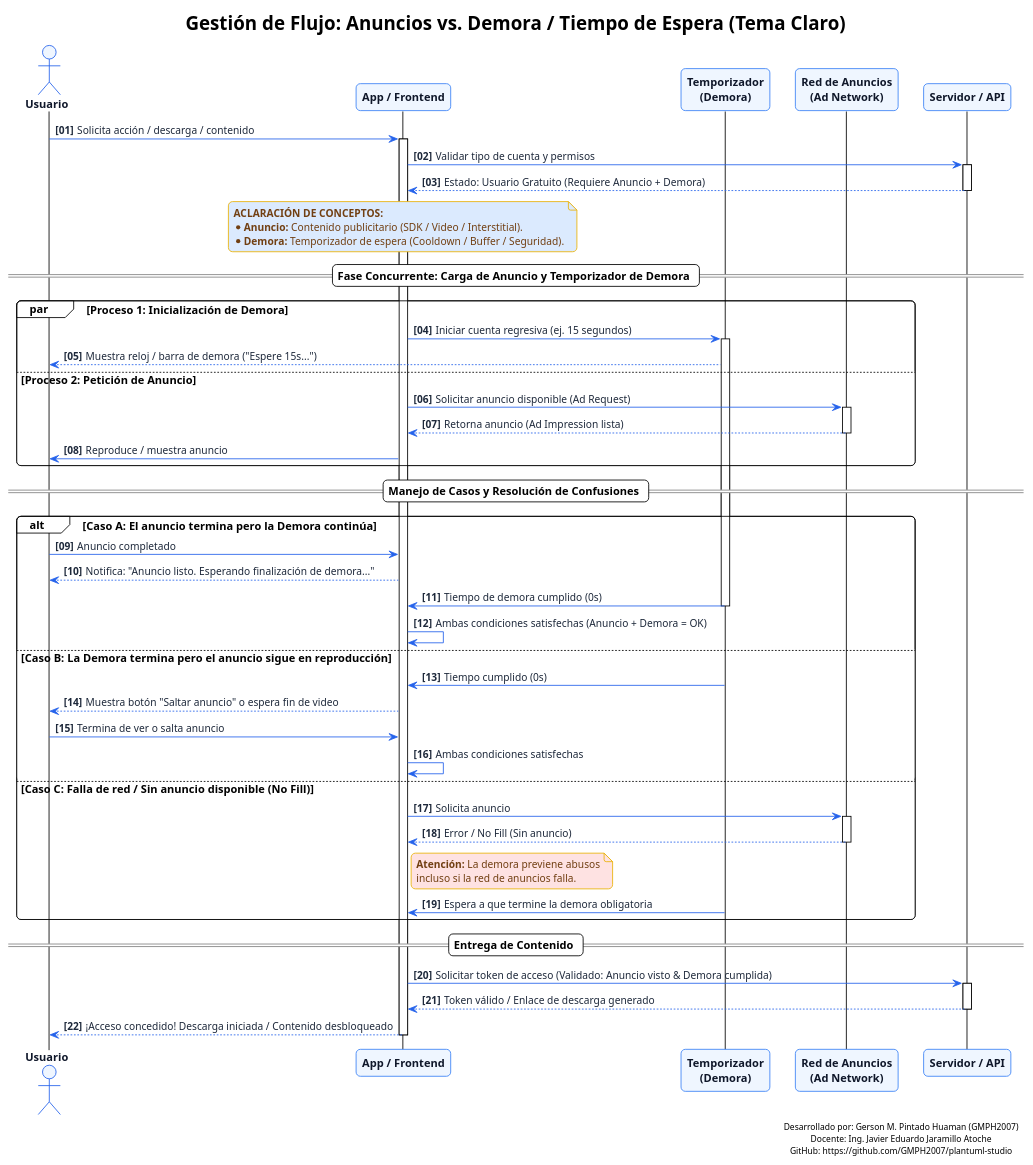
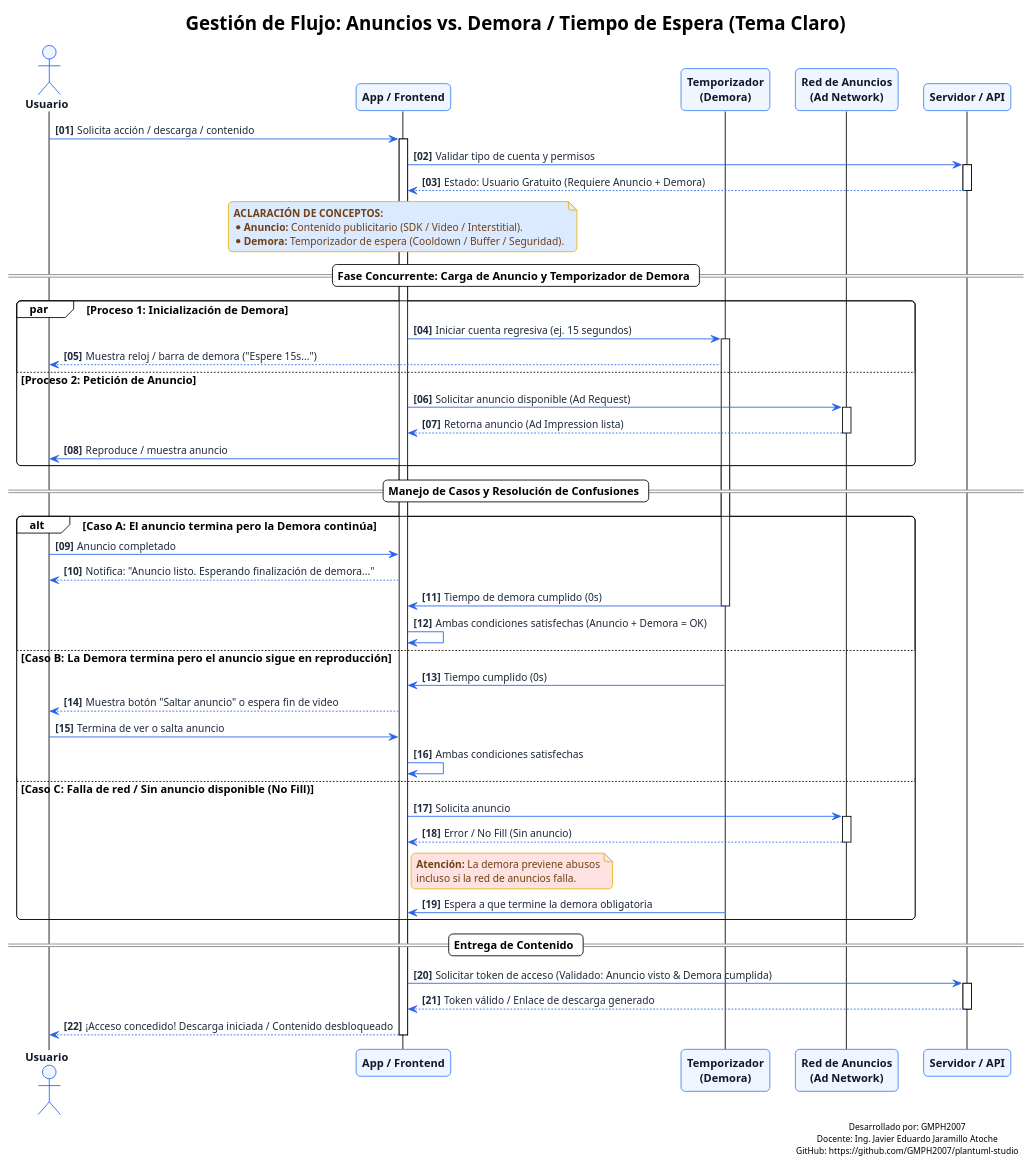
The diagram in diagrama_claro.puml (GMPH2007/plantuml-studio), drawn with PlantUML before and after one commit.

Commit message:
refactor: pie con alias abreviado GMPH2007

```diff
--- a/diagrama_claro.puml
+++ b/diagrama_claro.puml
@@ -1,112 +1,112 @@
 @startuml Flujo_Anuncios_y_Demora_Claro
 !theme plain
 title Gestión de Flujo: Anuncios vs. Demora / Tiempo de Espera (Tema Claro)
 
 skinparam backgroundColor #FFFFFF
 skinparam shadowing false
 skinparam defaultFontName "Segoe UI", "Arial", sans-serif
 skinparam defaultFontSize 13
 skinparam roundcorner 10
 
 skinparam ArrowColor #2563EB
 skinparam ArrowFontColor #1E293B
 skinparam ArrowFontSize 12
 
 skinparam ActorBorderColor #2563EB
 skinparam ActorBackgroundColor #EFF6FF
 skinparam ActorFontColor #0F172A
 skinparam ActorFontStyle bold
 
 skinparam ParticipantBorderColor #3B82F6
 skinparam ParticipantBackgroundColor #EFF6FF
 skinparam ParticipantFontColor #0F172A
 skinparam ParticipantFontStyle bold
 
 skinparam NoteBackgroundColor #FEF9C3
 skinparam NoteBorderColor #EAB308
 skinparam NoteFontColor #713F12
 skinparam NoteFontSize 12
 
 skinparam GroupBackgroundColor #F8FAFC
 skinparam GroupBorderColor #94A3B8
 skinparam GroupHeaderFontColor #1E293B
 
 actor "Usuario" as User
 participant "App / Frontend" as App
 participant "Temporizador\n(Demora)" as Timer
 participant "Red de Anuncios\n(Ad Network)" as AdNet
 participant "Servidor / API" as Server
 
 autonumber "<b>[00]</b>"
 
 User -> App: Solicita acción / descarga / contenido
 activate App
 
 App -> Server: Validar tipo de cuenta y permisos
 activate Server
 Server --> App: Estado: Usuario Gratuito (Requiere Anuncio + Demora)
 deactivate Server
 
 note over App #DBEAFE
   <b>ACLARACIÓN DE CONCEPTOS:</b>
   * <b>Anuncio:</b> Contenido publicitario (SDK / Video / Interstitial).
   * <b>Demora:</b> Temporizador de espera (Cooldown / Buffer / Seguridad).
 end note
 
 == Fase Concurrente: Carga de Anuncio y Temporizador de Demora ==
 
 par Proceso 1: Inicialización de Demora
     App -> Timer: Iniciar cuenta regresiva (ej. 15 segundos)
     activate Timer
     Timer --> User: Muestra reloj / barra de demora ("Espere 15s...")
 else Proceso 2: Petición de Anuncio
     App -> AdNet: Solicitar anuncio disponible (Ad Request)
     activate AdNet
     AdNet --> App: Retorna anuncio (Ad Impression lista)
     deactivate AdNet
     App -> User: Reproduce / muestra anuncio
 end
 
 == Manejo de Casos y Resolución de Confusiones ==
 
 alt Caso A: El anuncio termina pero la Demora continúa
     User -> App: Anuncio completado
     App --> User: Notifica: "Anuncio listo. Esperando finalización de demora..."
     Timer -> App: Tiempo de demora cumplido (0s)
     deactivate Timer
     App -> App: Ambas condiciones satisfechas (Anuncio + Demora = OK)
 
 else Caso B: La Demora termina pero el anuncio sigue en reproducción
     Timer -> App: Tiempo cumplido (0s)
     deactivate Timer
     App --> User: Muestra botón "Saltar anuncio" o espera fin de video
     User -> App: Termina de ver o salta anuncio
     App -> App: Ambas condiciones satisfechas
 
 else Caso C: Falla de red / Sin anuncio disponible (No Fill)
     App -> AdNet: Solicita anuncio
     activate AdNet
     AdNet --> App: Error / No Fill (Sin anuncio)
     deactivate AdNet
     note right of App #FEE2E2
       <b>Atención:</b> La demora previene abusos
       incluso si la red de anuncios falla.
     end note
     Timer -> App: Espera a que termine la demora obligatoria
     deactivate Timer
 end
 
 == Entrega de Contenido ==
 
 App -> Server: Solicitar token de acceso (Validado: Anuncio visto & Demora cumplida)
 activate Server
 Server --> App: Token válido / Enlace de descarga generado
 deactivate Server
 
 App --> User: ¡Acceso concedido! Descarga iniciada / Contenido desbloqueado
 deactivate App
 
 
-right footer Desarrollado por: Gerson M. Pintado Huaman (GMPH2007)\nDocente: Ing. Javier Eduardo Jaramillo Atoche\nGitHub: https://github.com/GMPH2007/plantuml-studio
+right footer Desarrollado por: GMPH2007\nDocente: Ing. Javier Eduardo Jaramillo Atoche\nGitHub: https://github.com/GMPH2007/plantuml-studio
 
 @enduml
```
